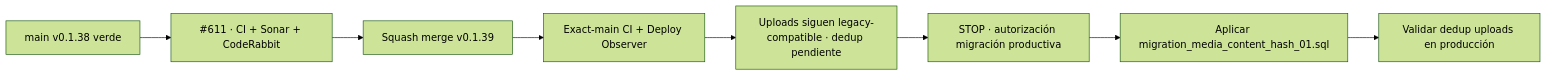
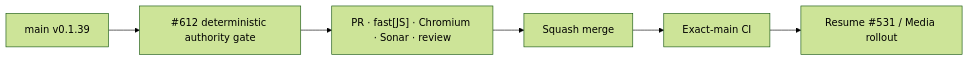
One commit to pl0n3r/brvtal changed the diagram in README.md. Above: the diagram before and after it, drawn with Mermaid (forest theme). The commit also changed other lines of this file and 1 other file, not shown here.

First line of the commit message:
test(ci): remove Dashboard V2 authority timing race (#613)

````diff
--- a/README.md
+++ b/README.md
@@ -52,10 +52,8 @@
 ```mermaid
 flowchart LR
- B["main v0.1.38 verde"] --> P["#611 · CI + Sonar + CodeRabbit"]
- P --> M["Squash merge v0.1.39"]
- M --> X["Exact-main CI + Deploy Observer"]
- X --> G["Uploads siguen legacy-compatible · dedup pendiente"]
- G --> A["STOP · autorización migración productiva"]
- A --> D["Aplicar migration_media_content_hash_01.sql"]
- D --> V["Validar dedup uploads en producción"]
+ B["main v0.1.39"] --> T["#612 deterministic authority gate"]
+ T --> P["PR · fast[JS] · Chromium · Sonar · review"]
+ P --> M["Squash merge"]
+ M --> X["Exact-main CI"]
+ X --> N["Resume #531 / Media rollout"]
 ```
````
